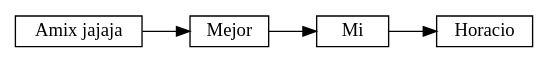
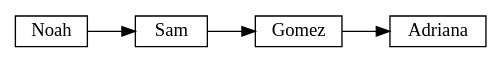
One commit to AdriGomez95/EDD_1S2020_PY1_201504236-master changed the diagram in PosOrden.dot. Above: the diagram before and after it, drawn with Graphviz. The commit also changed 35 other files, not shown here.

```diff
--- a/PosOrden.dot
+++ b/PosOrden.dot
@@ -1,4 +1,4 @@
 digraph G{
 rankdir=LR;
 node [shape = record,height=.1];
-"Amix jajaja"->"Mejor"->"Mi"->"Horacio";}
+"Noah"->"Sam"->"Gomez"->"Adriana";}
```
